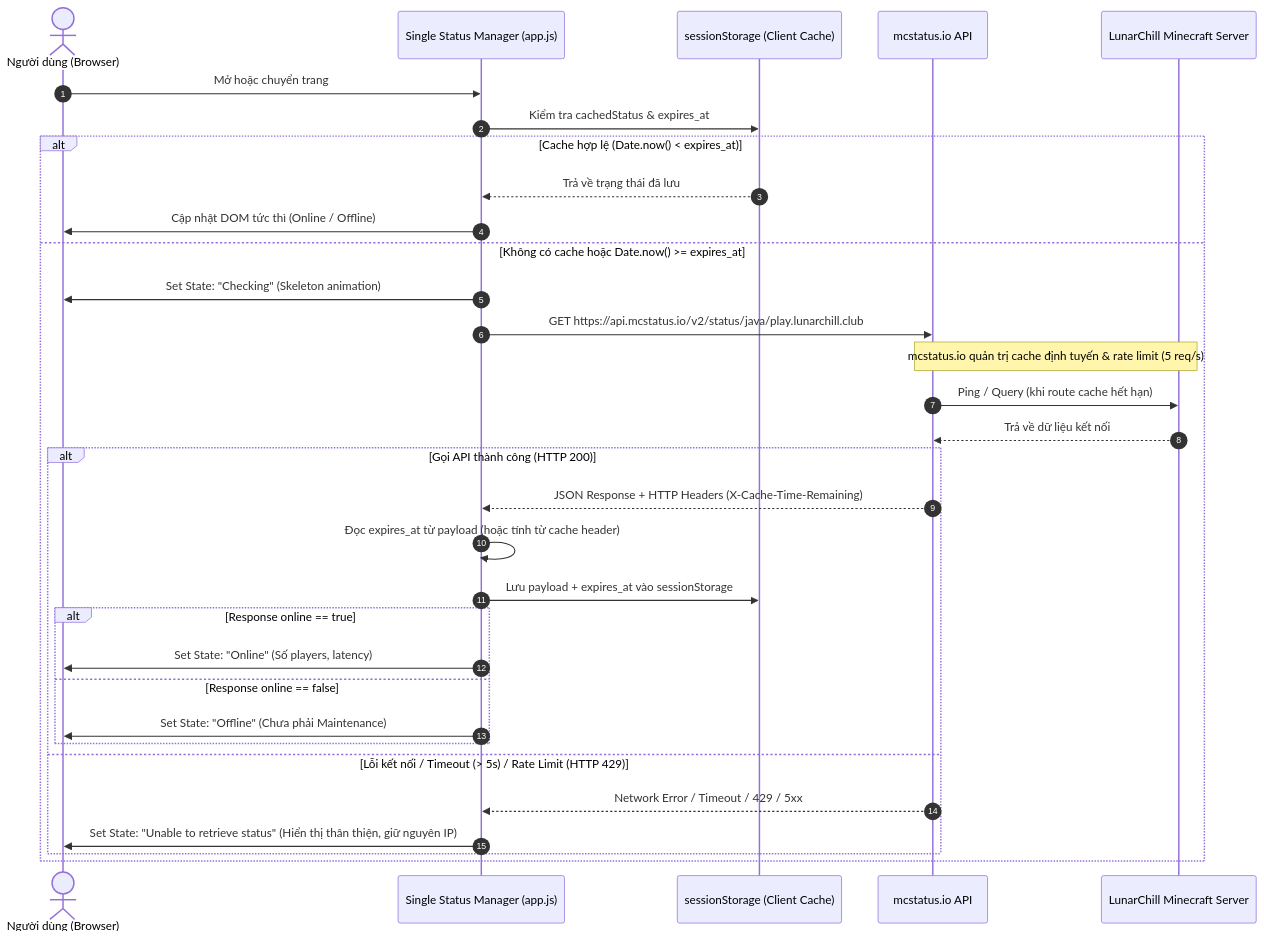
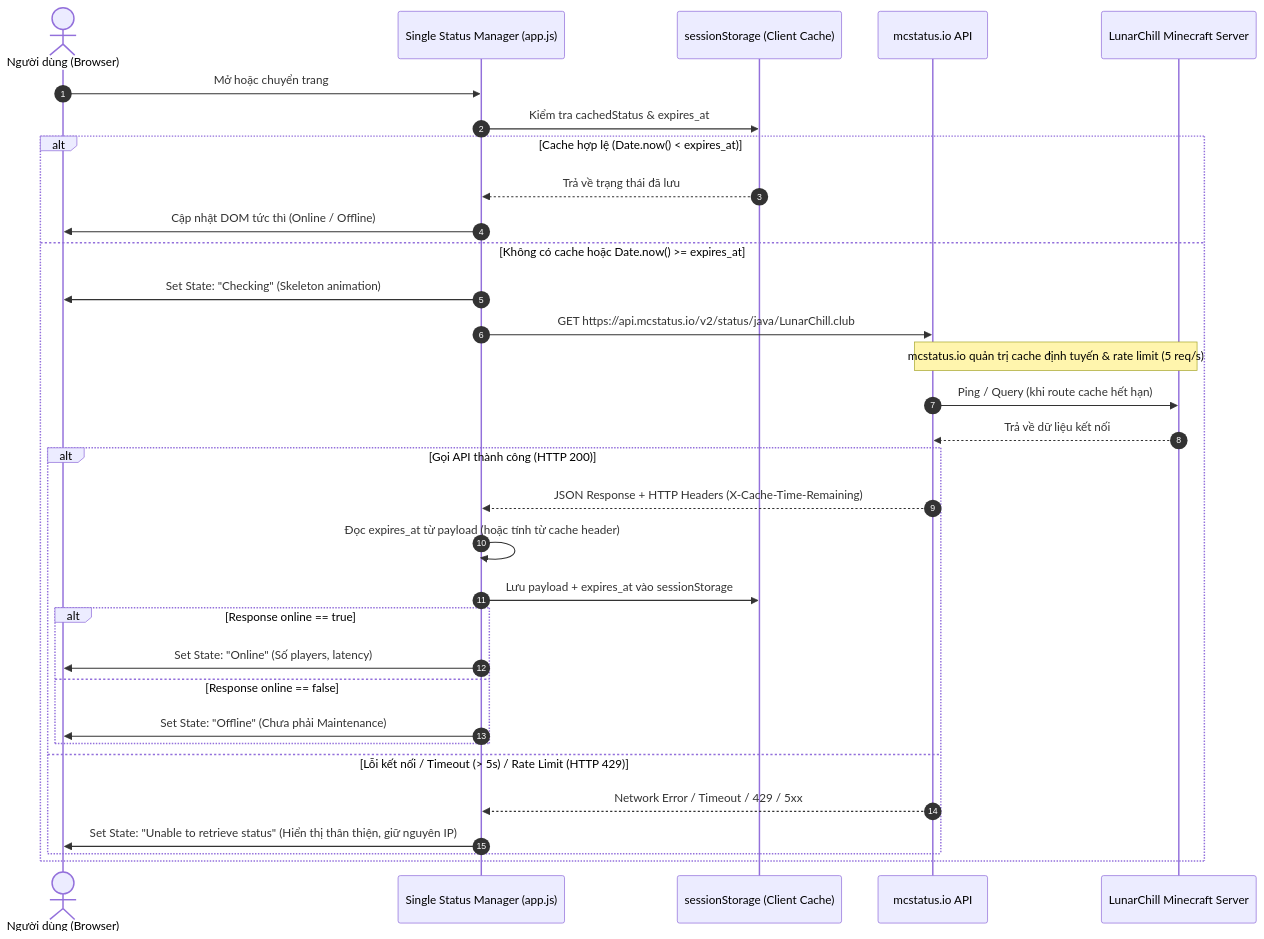
Before and after one commit to ItzTheChallenger312A/LunarChill.Club-Website: the diagram in docs/01 - Research/Requirements.md, drawn with Mermaid. The commit also changed other lines of this file and 23 other files, not shown here.

First line of the commit message:
Add LunarChillSMP homepage and assets

````diff
--- a/docs/01 - Research/Requirements.md
+++ b/docs/01 - Research/Requirements.md
@@ -50,35 +50,35 @@
 ```mermaid
 sequenceDiagram
     autonumber
     actor User as Người dùng (Browser)
     participant Client as Single Status Manager (app.js)
     participant Storage as sessionStorage (Client Cache)
     participant API as mcstatus.io API
     participant MC as LunarChill Minecraft Server
 
     User->>Client: Mở hoặc chuyển trang
     Client->>Storage: Kiểm tra cachedStatus & expires_at
     alt Cache hợp lệ (Date.now() < expires_at)
         Storage-->>Client: Trả về trạng thái đã lưu
         Client->>User: Cập nhật DOM tức thì (Online / Offline)
     else Không có cache hoặc Date.now() >= expires_at
         Client->>User: Set State: "Checking" (Skeleton animation)
-        Client->>API: GET https://api.mcstatus.io/v2/status/java/play.lunarchill.club
+        Client->>API: GET https://api.mcstatus.io/v2/status/java/LunarChill.club
         Note over API,MC: mcstatus.io quản trị cache định tuyến & rate limit (5 req/s)
         API->>MC: Ping / Query (khi route cache hết hạn)
         MC-->>API: Trả về dữ liệu kết nối
         alt Gọi API thành công (HTTP 200)
             API-->>Client: JSON Response + HTTP Headers (X-Cache-Time-Remaining)
             Client->>Client: Đọc expires_at từ payload (hoặc tính từ cache header)
             Client->>Storage: Lưu payload + expires_at vào sessionStorage
             alt Response online == true
                 Client->>User: Set State: "Online" (Số players, latency)
             else Response online == false
                 Client->>User: Set State: "Offline" (Chưa phải Maintenance)
             end
         else Lỗi kết nối / Timeout (> 5s) / Rate Limit (HTTP 429)
             API-->>Client: Network Error / Timeout / 429 / 5xx
             Client->>User: Set State: "Unable to retrieve status" (Hiển thị thân thiện, giữ nguyên IP)
         end
     end
 ```
````
